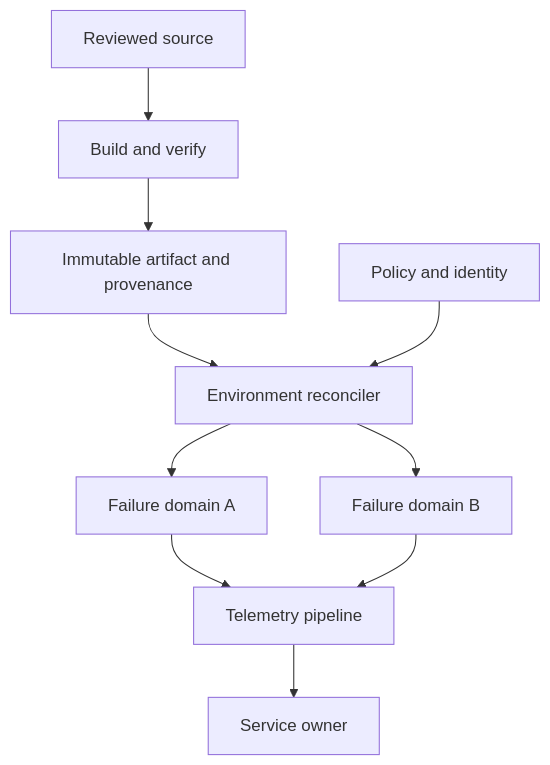
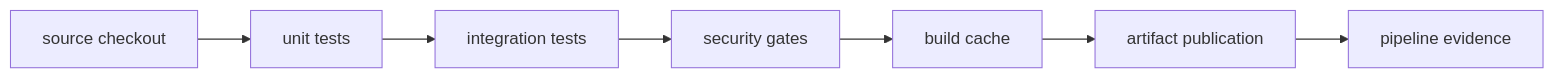
The diagram in docs/study/cicd/02-ci-pipeline-design.md (m1mohamad/devops-sre-prep), drawn with Mermaid before and after one commit. The commit also changed other lines of this file and 61 other files, not shown here.

Commit message:
Replace generic architecture and study templates

````diff
--- a/docs/study/cicd/02-ci-pipeline-design.md
+++ b/docs/study/cicd/02-ci-pipeline-design.md
@@ -54,12 +15,4 @@
 ```mermaid
-flowchart TB
-  Git[Reviewed source] --> CI[Build and verify]
-  CI --> Artifact[Immutable artifact and provenance]
-  Artifact --> Reconciler[Environment reconciler]
-  Policy[Policy and identity] --> Reconciler
-  Reconciler --> AZ1[Failure domain A]
-  Reconciler --> AZ2[Failure domain B]
-  AZ1 --> Telemetry[Telemetry pipeline]
-  AZ2 --> Telemetry
-  Telemetry --> Oncall[Service owner]
+flowchart LR
+  N0[source checkout] --> N1[unit tests] --> N2[integration tests] --> N3[security gates] --> N4[build cache] --> N5[artifact publication] --> N6[pipeline evidence]
 ```
````
